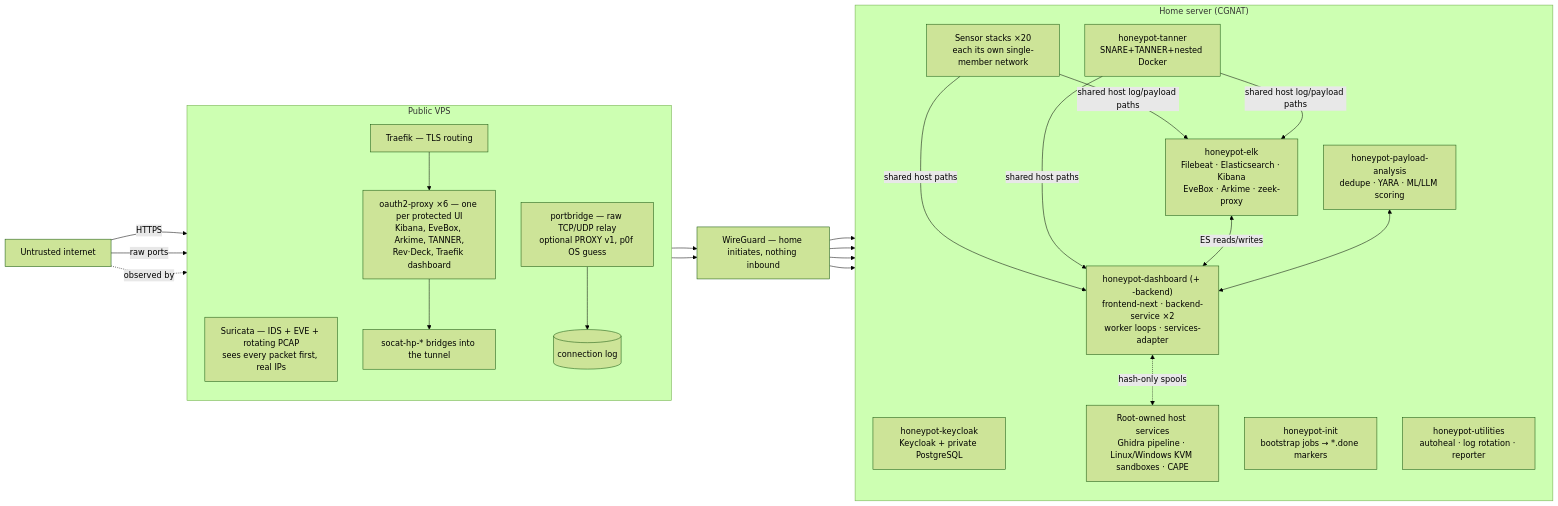
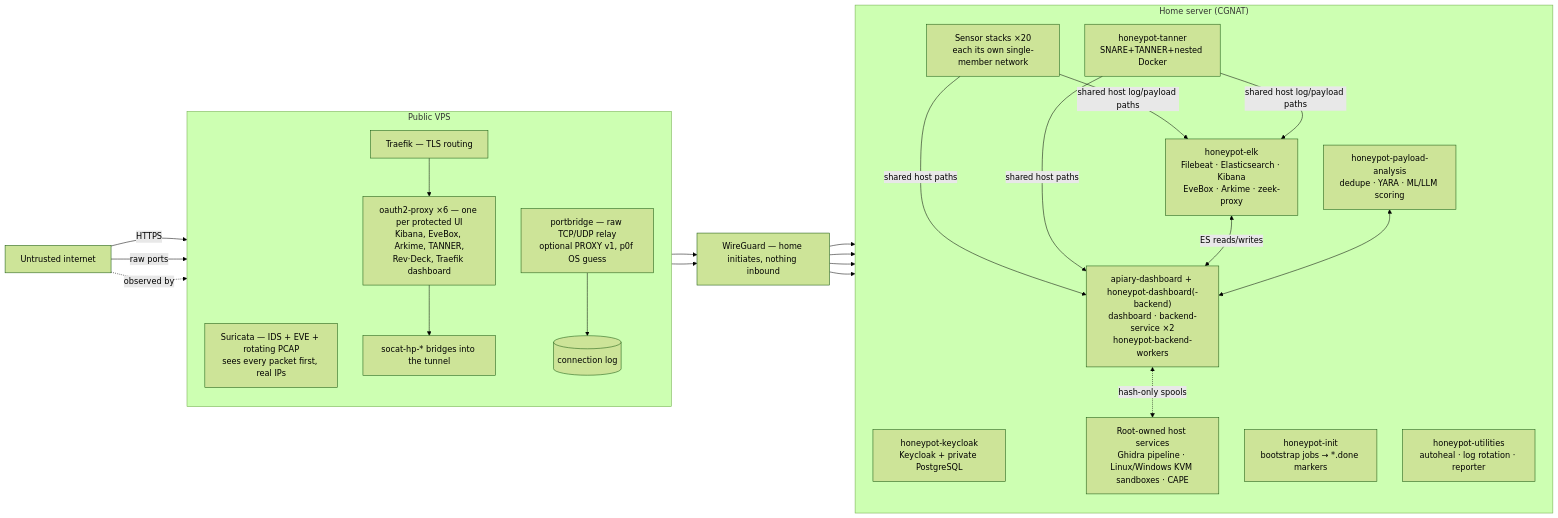
One commit to Xore-Inc/APIARY changed the second of 7 diagrams in docs/ARCHITECTURE.md. Above: the diagram before and after it, drawn with Mermaid (forest theme). The commit also changed other lines of this file and 276 other files, not shown here.

First line of the commit message:
chore: remove the legacy frontend-next dashboard (#3749) (#3752)

````diff
--- a/docs/ARCHITECTURE.md
+++ b/docs/ARCHITECTURE.md
@@ -246,42 +247,42 @@
 ```mermaid
 flowchart LR
   attacker["Untrusted internet"]
 
   subgraph vps["Public VPS"]
     direction TB
     suri["Suricata — IDS + EVE + rotating PCAP<br/>sees every packet first, real IPs"]
     traefik["Traefik — TLS routing"]
     oauth["oauth2-proxy ×6 — one per protected UI<br/>Kibana, EveBox, Arkime, TANNER,<br/>Rev·Deck, Traefik dashboard"]
     bridges["socat-hp-* bridges into the tunnel"]
     pb["portbridge — raw TCP/UDP relay<br/>optional PROXY v1, p0f OS guess"]
     connlog[("connection log")]
   end
 
   wg["WireGuard — home initiates, nothing inbound"]
 
   subgraph home["Home server (CGNAT)"]
     direction TB
     kc["honeypot-keycloak<br/>Keycloak + private PostgreSQL"]
     init["honeypot-init<br/>bootstrap jobs → *.done markers"]
     sensors["Sensor stacks ×20<br/>each its own single-member network"]
     tanner["honeypot-tanner<br/>SNARE+TANNER+nested Docker"]
     elk["honeypot-elk<br/>Filebeat · Elasticsearch · Kibana<br/>EveBox · Arkime · zeek-proxy"]
-    dash["honeypot-dashboard (+ -backend)<br/>frontend-next · backend-service ×2<br/>worker loops · services-adapter"]
+    dash["apiary-dashboard + honeypot-dashboard(-backend)<br/>dashboard · backend-service ×2<br/>honeypot-backend-workers"]
     payloads["honeypot-payload-analysis<br/>dedupe · YARA · ML/LLM scoring"]
     utils["honeypot-utilities<br/>autoheal · log rotation · reporter"]
     host["Root-owned host services<br/>Ghidra pipeline · Linux/Windows KVM sandboxes · CAPE"]
   end
 
   attacker -->|"HTTPS"| traefik
   attacker -->|"raw ports"| pb
   attacker -.->|"observed by"| suri
   traefik --> oauth --> bridges
   pb --> connlog
   bridges & pb --> wg
   wg --> sensors & tanner & elk & dash
   sensors & tanner -->|"shared host log/payload paths"| elk
   sensors & tanner -->|"shared host paths"| dash
   elk <-->|"ES reads/writes"| dash
   payloads <--> dash
   dash <-.->|"hash-only spools"| host
 ```
````
